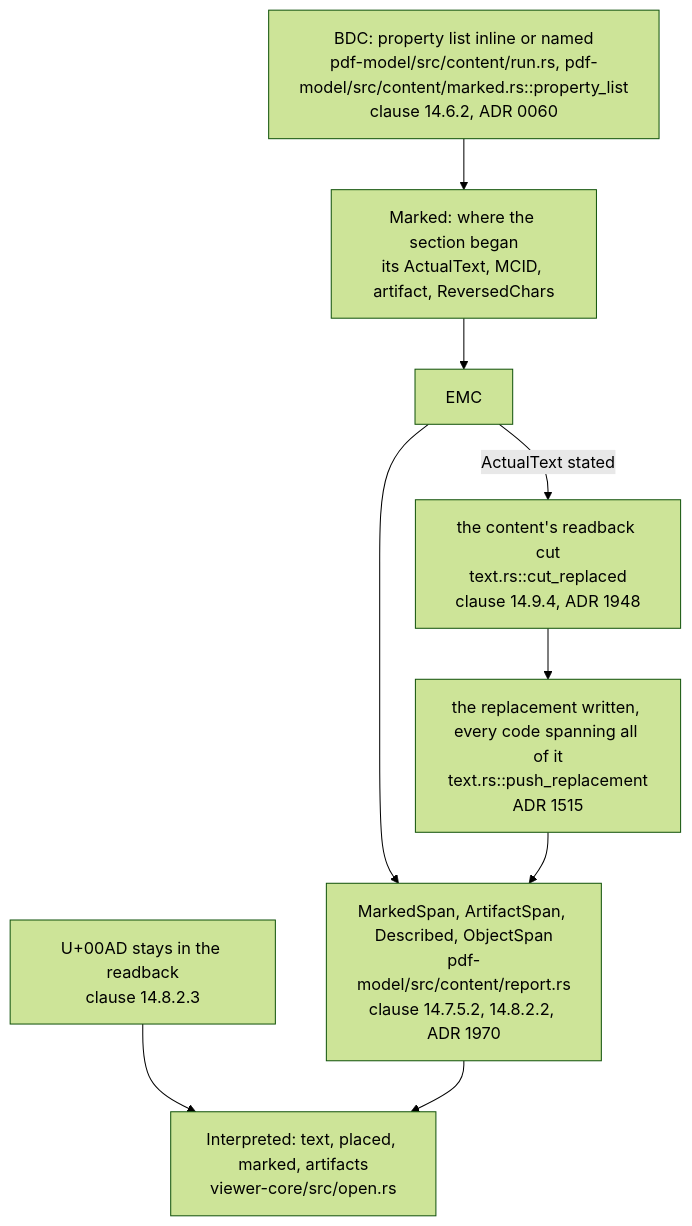
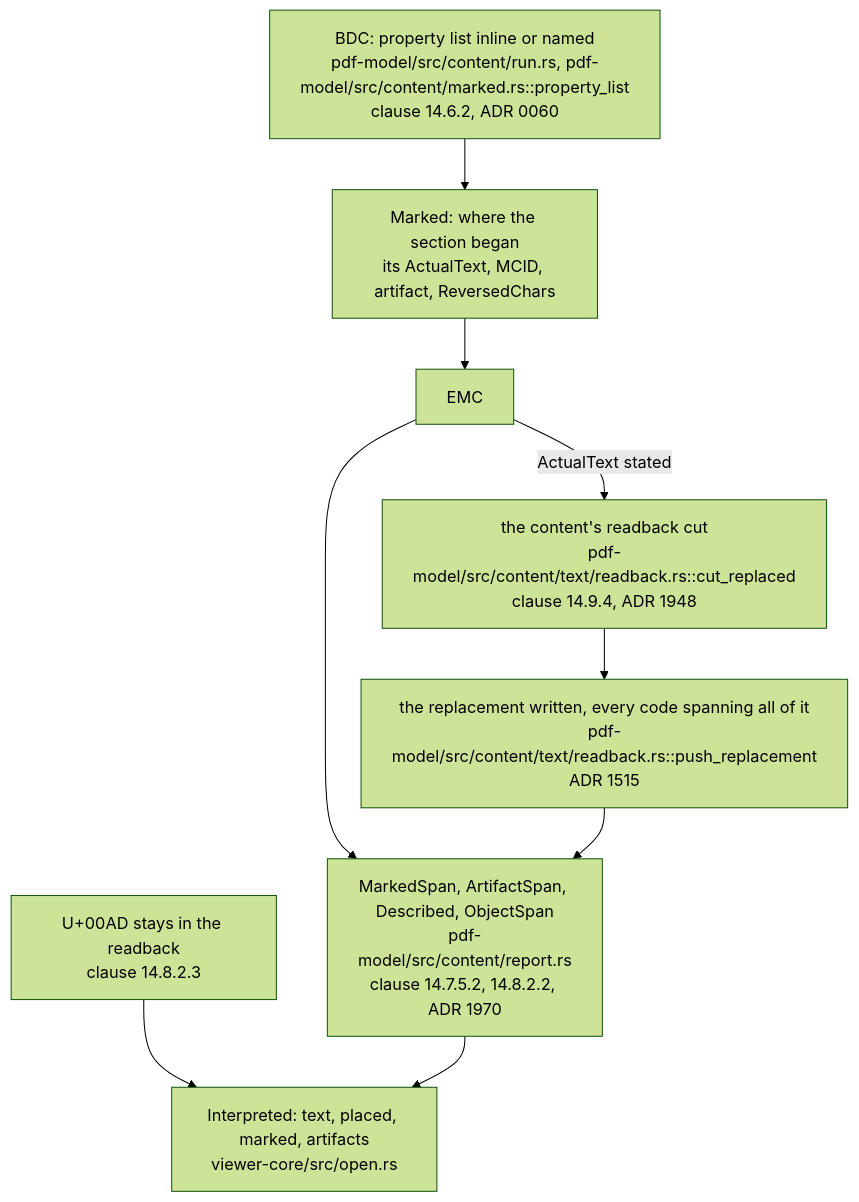
One commit to close2/pdf-viewer changed the third of 6 diagrams in doc/teaching/how-text-is-selected-and-copied.md. Above: the diagram before and after it, drawn with Mermaid (forest theme). The commit also changed other lines of this file and 94 other files, not shown here.

````diff
--- a/doc/teaching/how-text-is-selected-and-copied.md
+++ b/doc/teaching/how-text-is-selected-and-copied.md
@@ -257,20 +257,20 @@
 ```mermaid
 flowchart TD
     BDC["BDC: property list inline or named<br/>pdf-model/src/content/run.rs, pdf-model/src/content/marked.rs::property_list<br/>clause 14.6.2, ADR 0060"]
     OPEN["Marked: where the section began<br/>its ActualText, MCID, artifact, ReversedChars"]
     EMC["EMC"]
-    CUT["the content's readback cut<br/>text.rs::cut_replaced<br/>clause 14.9.4, ADR 1948"]
-    REPL["the replacement written, every code spanning all of it<br/>text.rs::push_replacement<br/>ADR 1515"]
+    CUT["the content's readback cut<br/>pdf-model/src/content/text/readback.rs::cut_replaced<br/>clause 14.9.4, ADR 1948"]
+    REPL["the replacement written, every code spanning all of it<br/>pdf-model/src/content/text/readback.rs::push_replacement<br/>ADR 1515"]
     SHY["U+00AD stays in the readback<br/>clause 14.8.2.3"]
     SPANS["MarkedSpan, ArtifactSpan, Described, ObjectSpan<br/>pdf-model/src/content/report.rs<br/>clause 14.7.5.2, 14.8.2.2, ADR 1970"]
     KEPT["Interpreted: text, placed, marked, artifacts<br/>viewer-core/src/open.rs"]
 
     BDC --> OPEN
     OPEN --> EMC
     EMC -->|"ActualText stated"| CUT
     CUT --> REPL
     EMC --> SPANS
     REPL --> SPANS
     SHY --> KEPT
     SPANS --> KEPT
 ```
````
